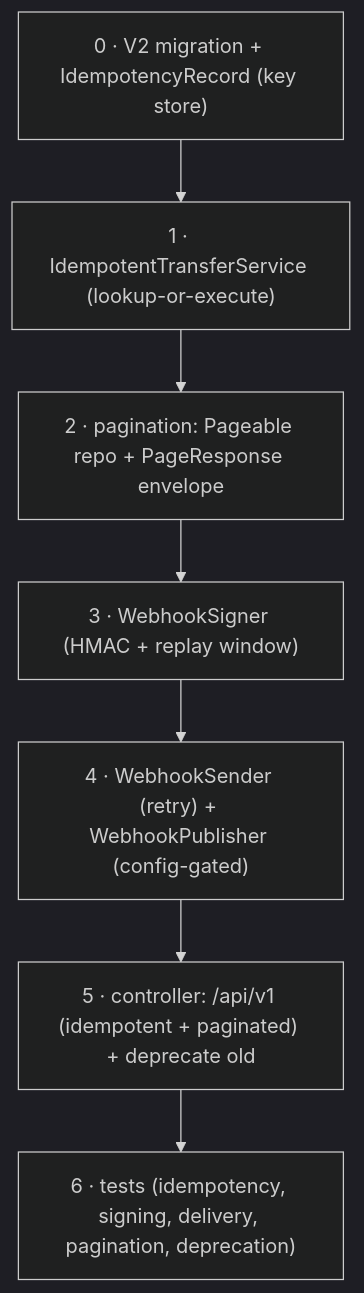
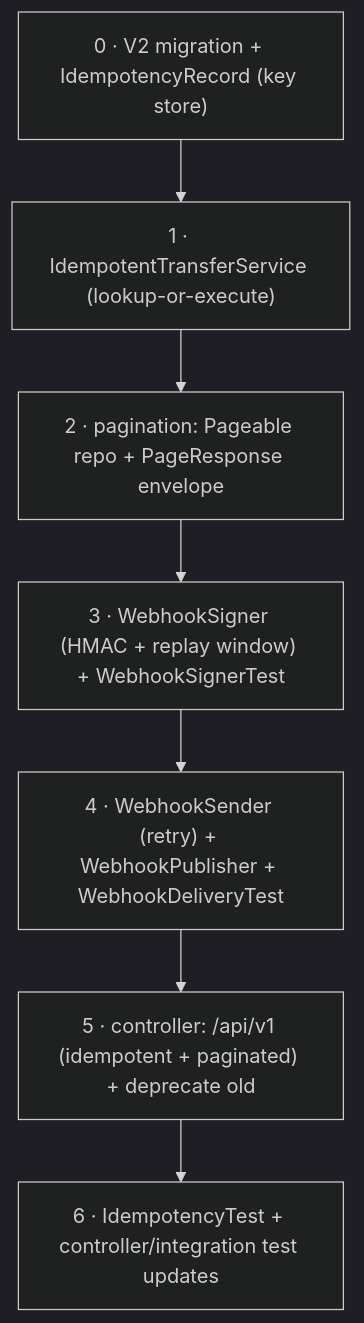
The third of 4 diagrams in steps/step-14/lesson.md (ramishtaha/build-a-bank), drawn with Mermaid (dark theme) before and after one commit. The commit also changed other lines of this file and 108 other files, not shown here.

````diff
--- a/steps/step-14/lesson.md
+++ b/steps/step-14/lesson.md
@@ -213,9 +265,9 @@
 ```mermaid
 flowchart TB
     a["0 · V2 migration + IdempotencyRecord (key store)"] --> b["1 · IdempotentTransferService (lookup-or-execute)"]
     b --> c["2 · pagination: Pageable repo + PageResponse envelope"]
-    c --> d["3 · WebhookSigner (HMAC + replay window)"]
-    d --> e["4 · WebhookSender (retry) + WebhookPublisher (config-gated)"]
+    c --> d["3 · WebhookSigner (HMAC + replay window) + WebhookSignerTest"]
+    d --> e["4 · WebhookSender (retry) + WebhookPublisher + WebhookDeliveryTest"]
     e --> f["5 · controller: /api/v1 (idempotent + paginated) + deprecate old"]
-    f --> g["6 · tests (idempotency, signing, delivery, pagination, deprecation)"]
+    f --> g["6 · IdempotencyTest + controller/integration test updates"]
 ```
````
